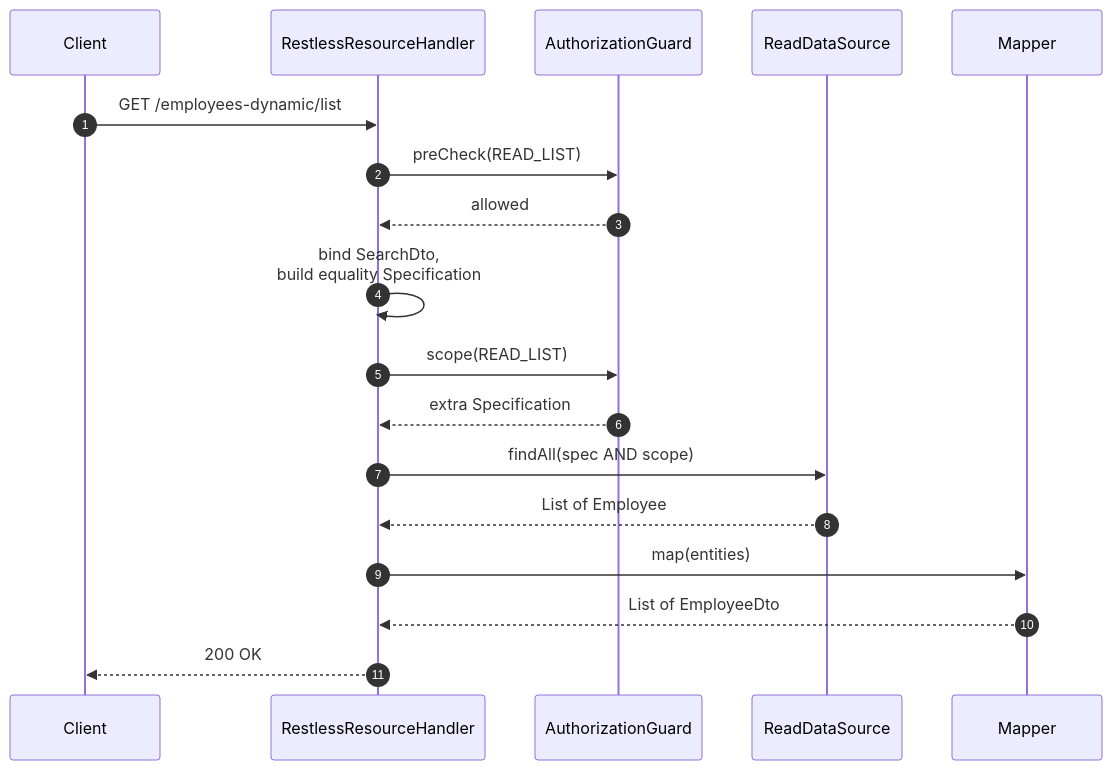
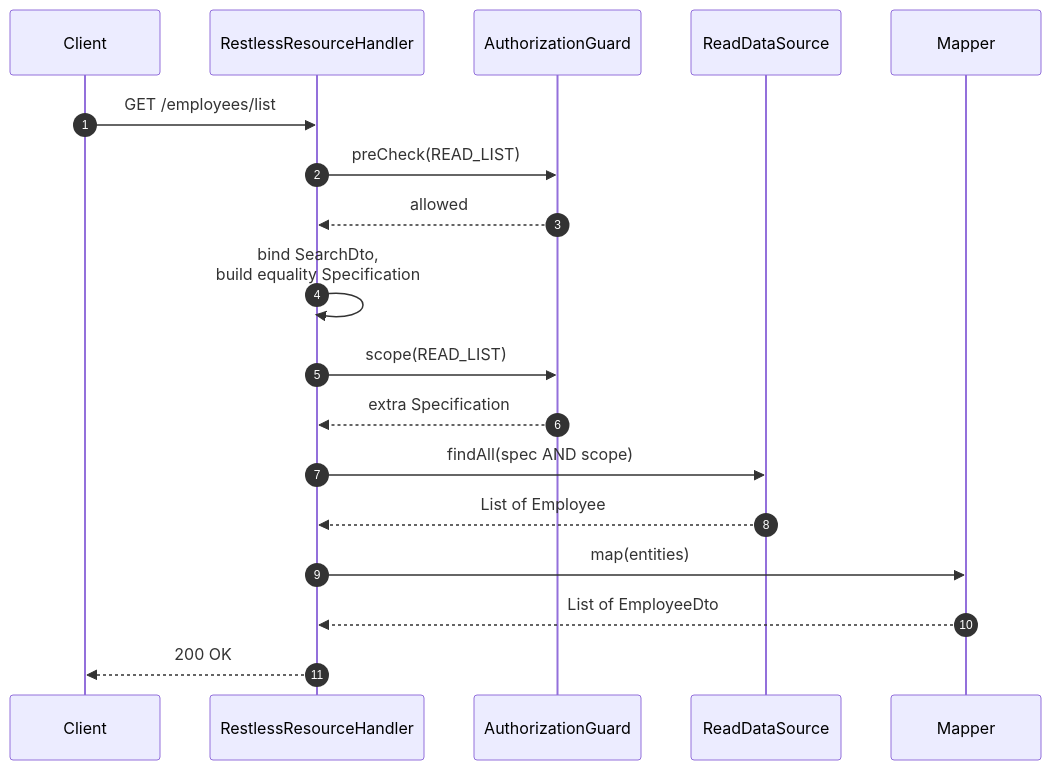
One commit to cristivoicu/springboot_restless changed the second of 5 diagrams in README.md. Above: the diagram before and after it, drawn with Mermaid. The commit also changed other lines of this file and 56 other files, not shown here.

````diff
--- a/README.md
+++ b/README.md
@@ -170,21 +171,21 @@
 ```mermaid
 sequenceDiagram
     autonumber
     participant C as Client
     participant H as RestlessResourceHandler
     participant G as AuthorizationGuard
     participant D as ReadDataSource
     participant M as Mapper
 
-    C->>H: GET /employees-dynamic/list
+    C->>H: GET /employees/list
     H->>G: preCheck(READ_LIST)
     G-->>H: allowed
     H->>H: bind SearchDto,<br/>build equality Specification
     H->>G: scope(READ_LIST)
     G-->>H: extra Specification
     H->>D: findAll(spec AND scope)
     D-->>H: List of Employee
     H->>M: map(entities)
     M-->>H: List of EmployeeDto
     H-->>C: 200 OK
 ```
````
